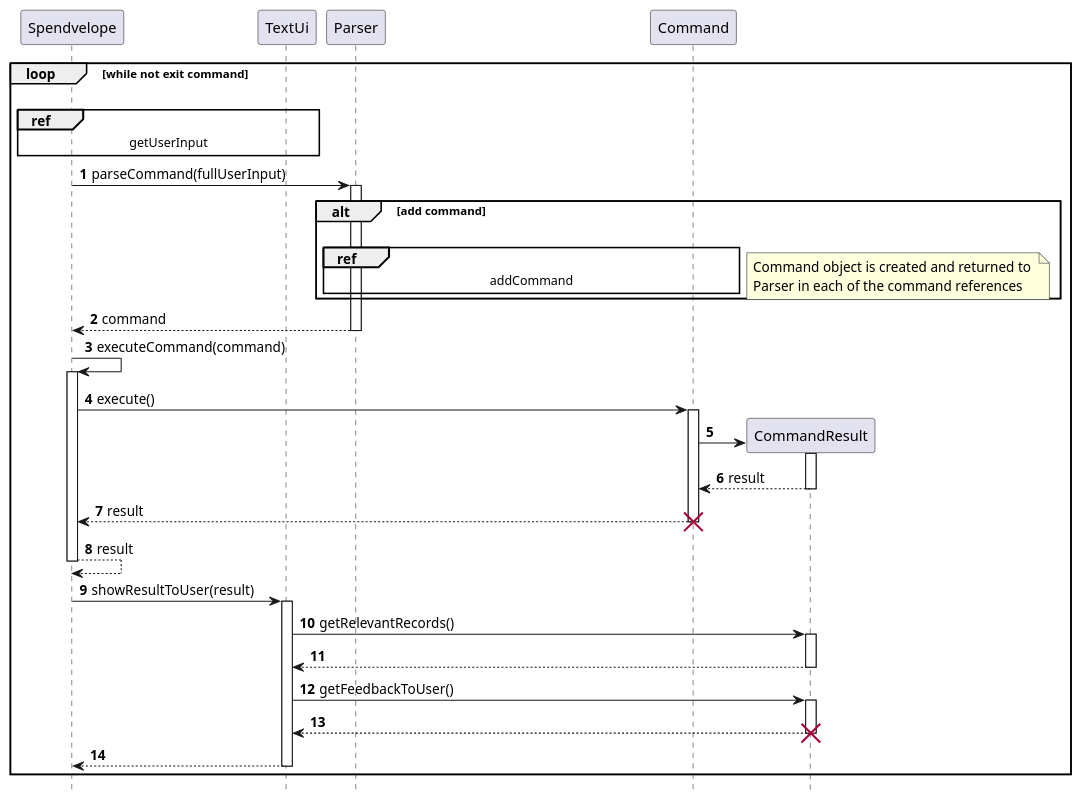
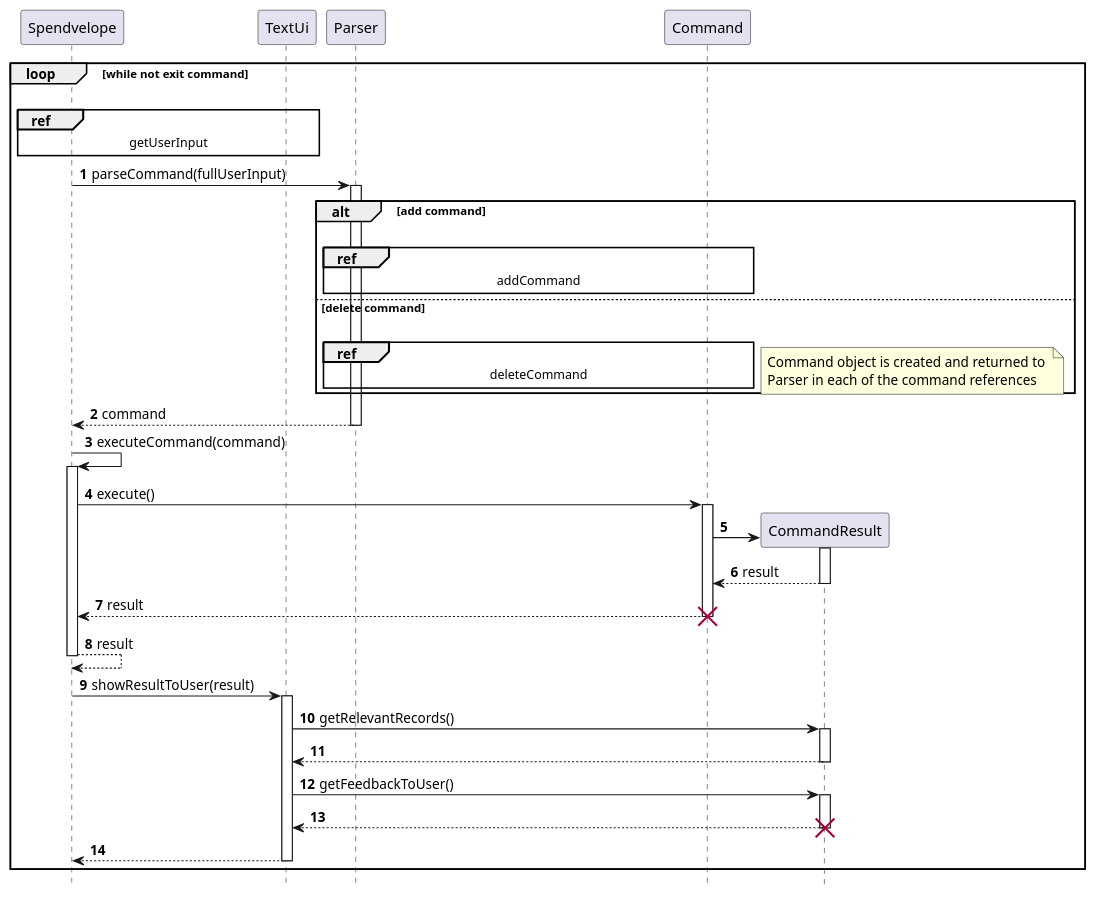
One commit to nus-cs2113-AY2122S2/tp changed the diagram in docs/sequenceDiagrams/Spendvelope.puml. Above: the diagram before and after it, drawn with PlantUML. The commit also changed 1 other file, not shown here.

Commit message:
added deleteCommand sequence diagram

```diff
--- a/docs/sequenceDiagrams/Spendvelope.puml
+++ b/docs/sequenceDiagrams/Spendvelope.puml
@@ -1,38 +1,41 @@
 @startuml
 'https://plantuml.com/sequence-diagram
 
 hide footbox
 autonumber
 autoactivate on
 
 loop while not exit command
 |||
 ref over Spendvelope, TextUi: getUserInput
 
 Spendvelope -> Parser: parseCommand(fullUserInput)
 alt add command
     |||
     ref over Parser, Command: addCommand
+else delete command
+    |||
+    ref over Parser, Command: deleteCommand
     note right: Command object is created and returned to \nParser in each of the command references
 end
 Spendvelope <-- Parser: command
 
 Spendvelope -> Spendvelope: executeCommand(command)
 Spendvelope -> Command: execute()
 Command -> CommandResult**
 Activate CommandResult
 Command <-- CommandResult:result
 Spendvelope <-- Command: result
 destroy Command
 Spendvelope --> Spendvelope: result
 
 Spendvelope -> TextUi: showResultToUser(result)
 TextUi -> CommandResult: getRelevantRecords()
 TextUi <-- CommandResult
 TextUi -> CommandResult: getFeedbackToUser()
 TextUi <-- CommandResult
 destroy CommandResult
 Spendvelope <-- TextUi
 end
 
 @enduml
```
